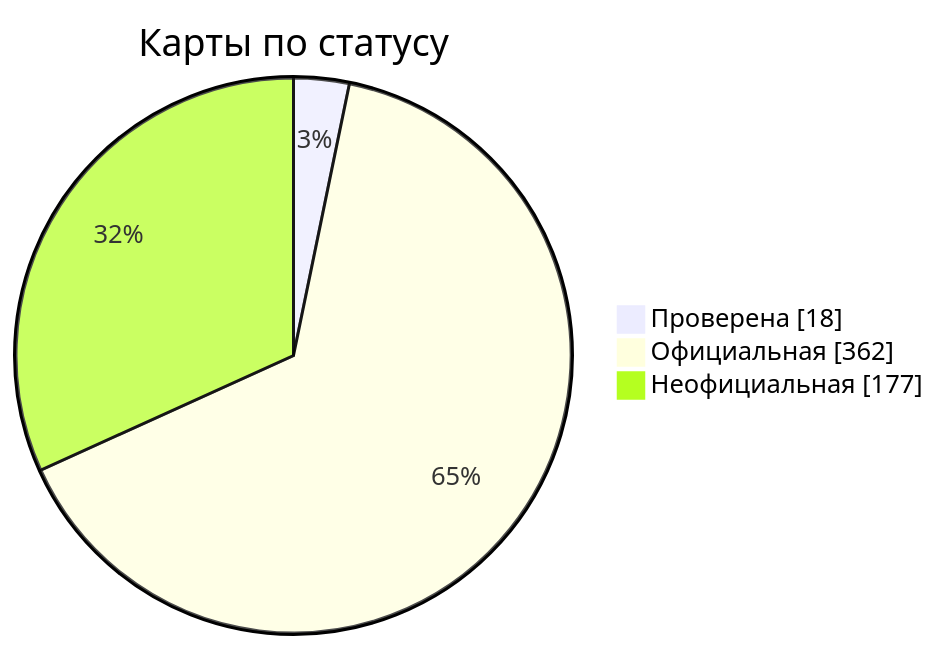
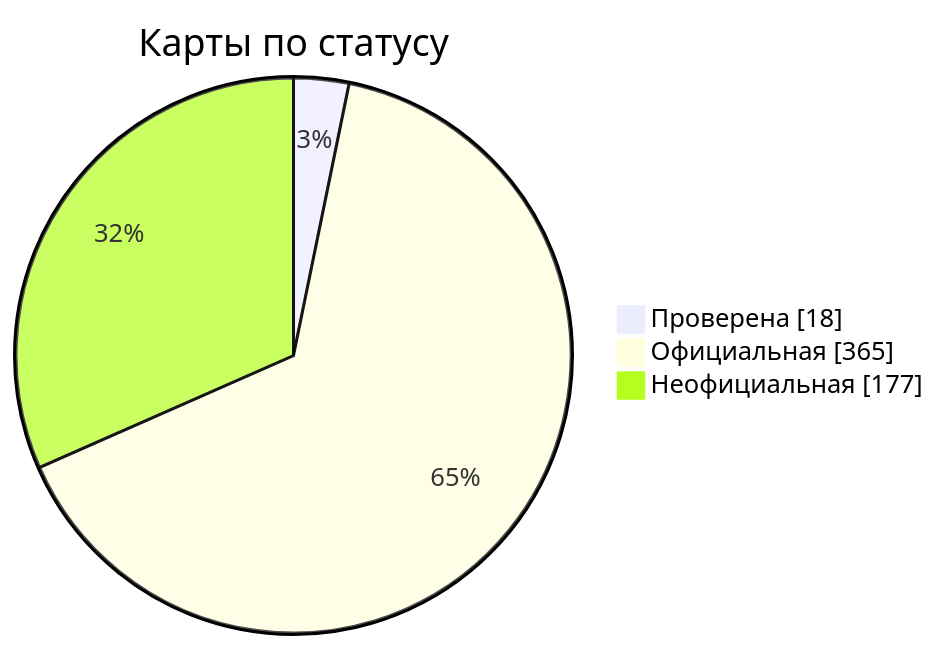
The diagram in docs/readme/README_RU.md (nobrega8/mbmap-library), drawn with Mermaid before and after one commit. The commit also changed 8 other files, not shown here.

````diff
--- a/docs/readme/README_RU.md
+++ b/docs/readme/README_RU.md
@@ -54,7 +54,7 @@
 ```mermaid
 pie showData
     title Карты по статусу
     "Проверена" : 18
-    "Официальная" : 362
+    "Официальная" : 365
     "Неофициальная" : 177
 ```
````
